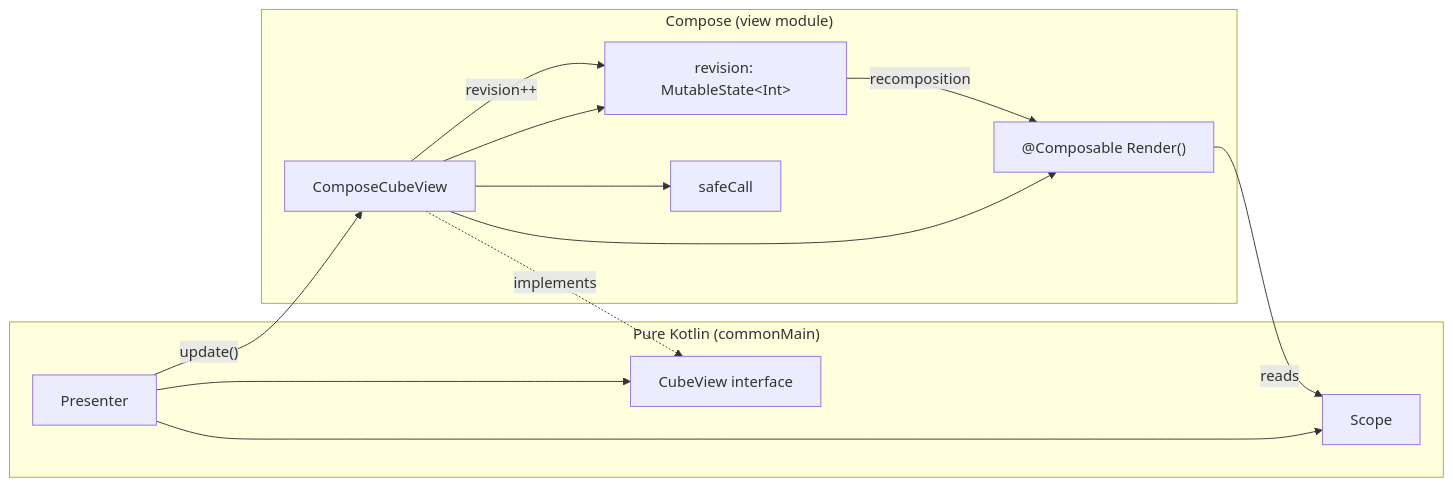
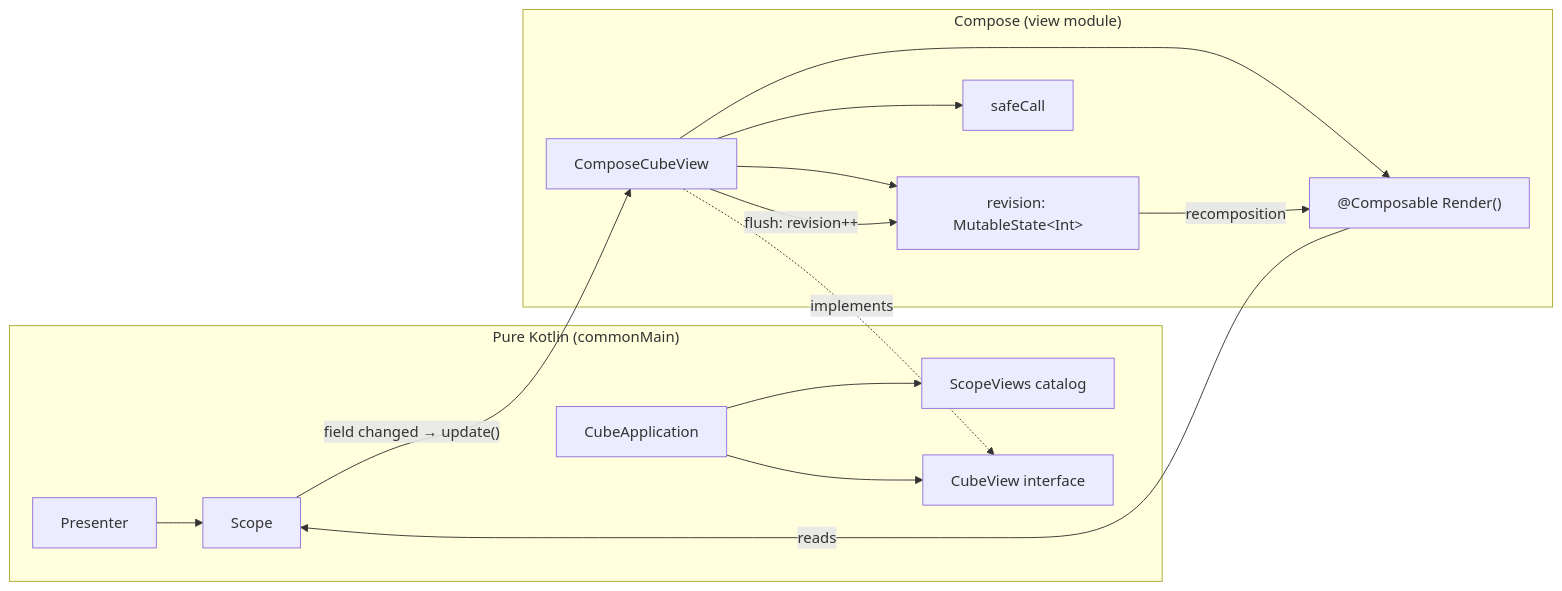
One commit to mrcdom/wdc-cube-kotlin changed the first of 9 diagrams in docs/architecture-cube-compose.md. Above: the diagram before and after it, drawn with Mermaid. The commit also changed other lines of this file and 14 other files, not shown here.

First line of the commit message:
docs: actions, the view catalog, segments and cart rows

````diff
--- a/docs/architecture-cube-compose.md
+++ b/docs/architecture-cube-compose.md
@@ -34,19 +34,20 @@
 ```mermaid
 graph LR
     subgraph "Pure Kotlin (commonMain)"
         P[Presenter] --> S[Scope]
-        P --> CV[CubeView interface]
+        APP[CubeApplication] --> SV[ScopeViews catalog]
+        APP --> CV[CubeView interface]
     end
 
     subgraph "Compose (view module)"
         CCV[ComposeCubeView] -.->|implements| CV
         CCV --> REV["revision: MutableState&lt;Int&gt;"]
         CCV --> SC[safeCall]
         CCV --> RND["@Composable Render()"]
     end
 
-    P -->|"update()"| CCV
-    CCV -->|"revision++"| REV
+    S -->|"field changed → update()"| CCV
+    CCV -->|"flush: revision++"| REV
     REV -->|"recomposition"| RND
     RND -->|"reads"| S
 ```
````
